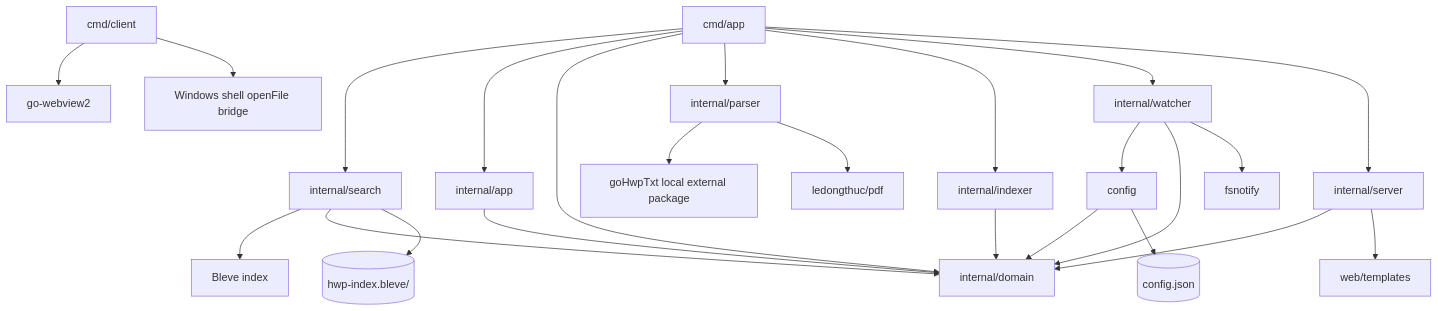
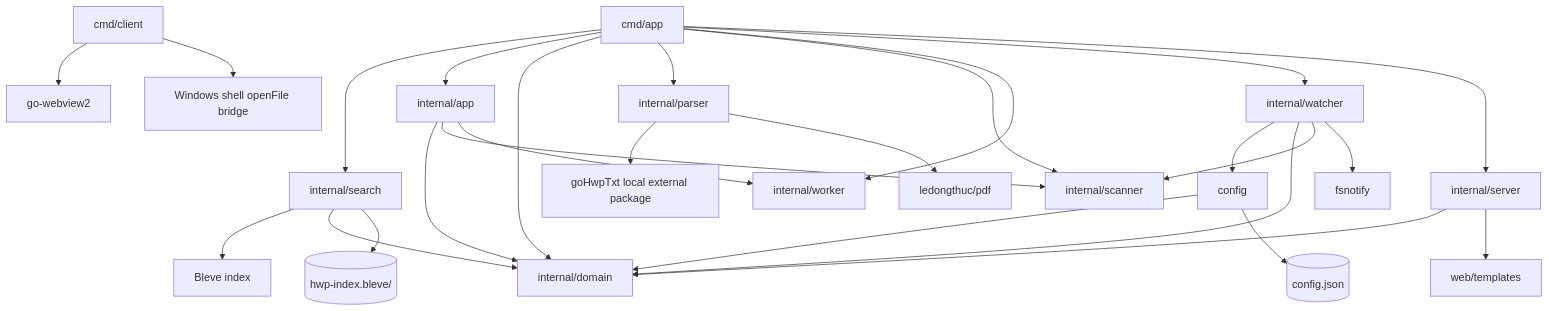
The diagram in ARCHITECTURE.md (aprilgom/DocSearcher), drawn with Mermaid before and after one commit. The commit also changed other lines of this file and 3 other files, not shown here.

Commit message:
docs(architecture): 색인 책임 경계 갱신

````diff
--- a/ARCHITECTURE.md
+++ b/ARCHITECTURE.md
@@ -71,34 +71,36 @@
 ```mermaid
 flowchart TD
     app[cmd/app] --> search[internal/search]
     app --> appuse[internal/app]
     app --> domain[internal/domain]
     app --> parser[internal/parser]
-    app --> indexer[internal/indexer]
+    app --> scanner[internal/scanner]
+    app --> worker[internal/worker]
     app --> watcher[internal/watcher]
     app --> server[internal/server]
 
     client[cmd/client] --> webview[go-webview2]
     client --> osopen[Windows shell openFile bridge]
 
     server --> domain
     server --> templates[web/templates]
 
     watcher --> config
     watcher --> domain
+    watcher --> scanner
     watcher --> fsnotify[fsnotify]
 
     appuse --> domain
-
-    indexer --> domain
+    appuse --> scanner
+    appuse --> worker
 
     parser --> gohwptxt[goHwpTxt local external package]
     parser --> pdf[ledongthuc/pdf]
 
     search --> bleve[Bleve index]
     search --> domain
 
     config --> domain
     config --> configjson[(config.json)]
     search --> indexdir[(hwp-index.bleve/)]
 ```
````
